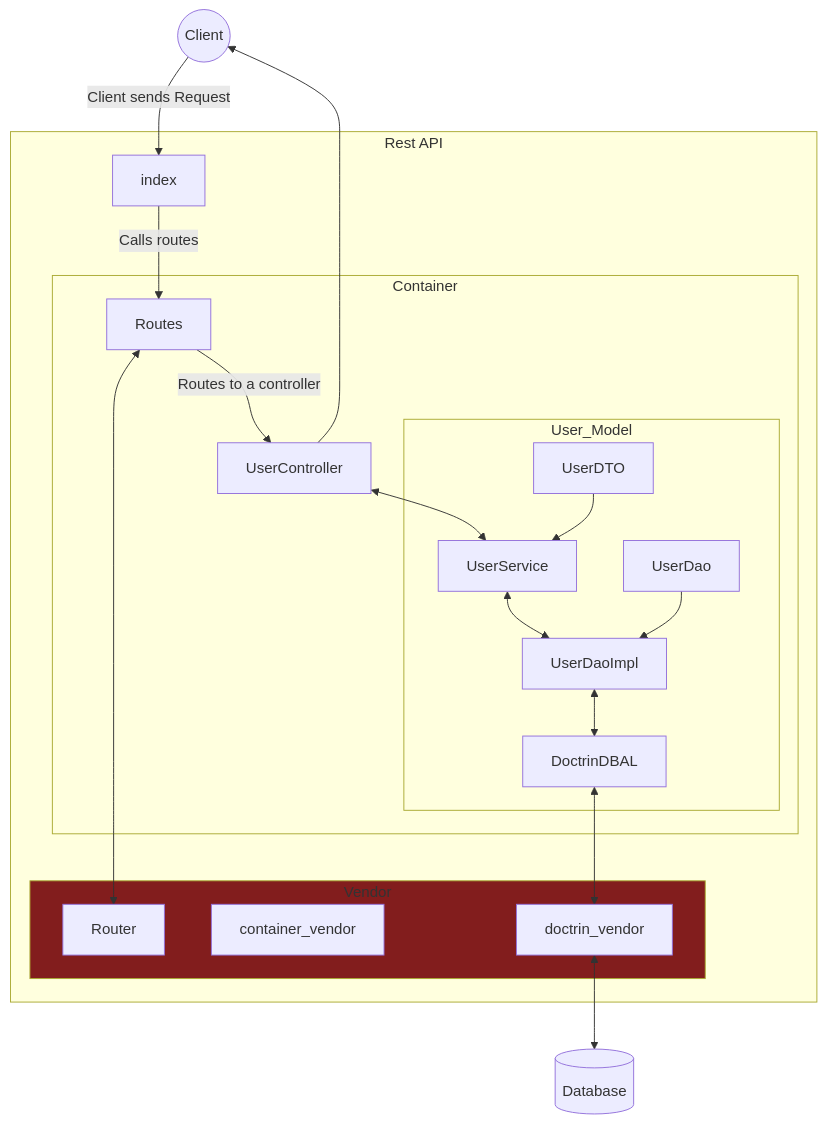
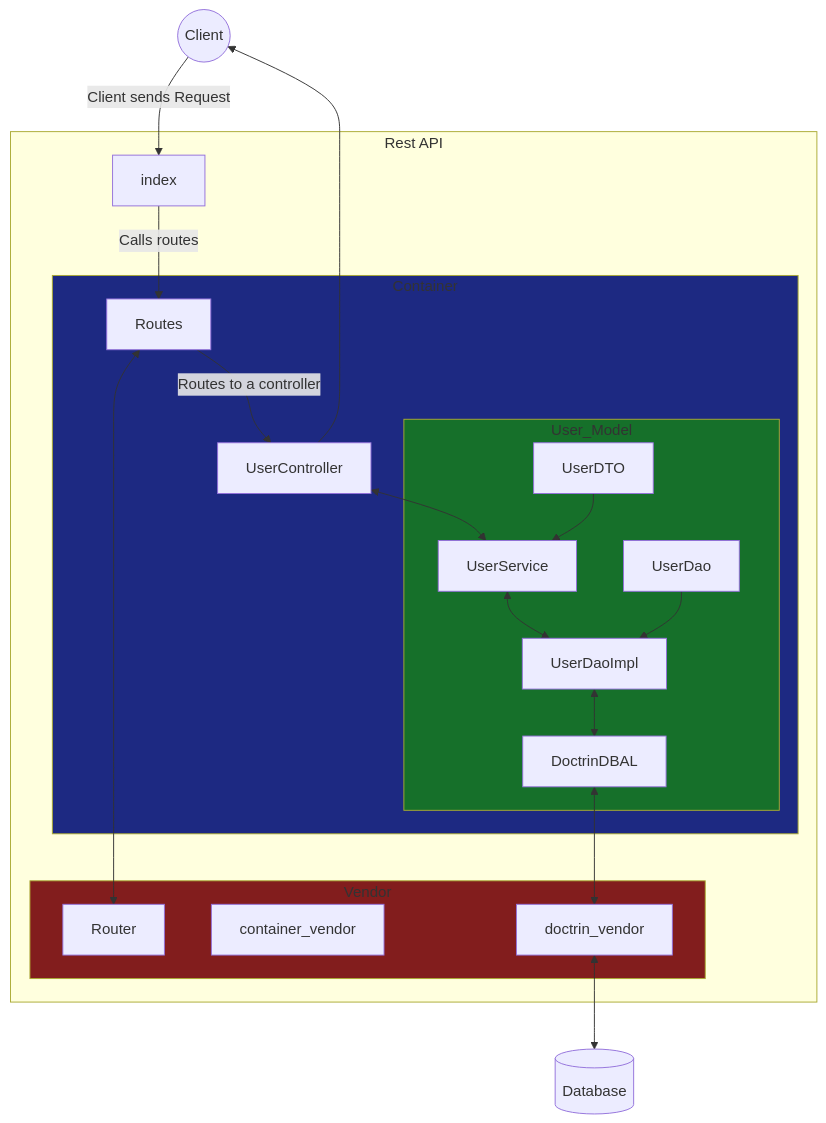
Before and after one commit to Patapataro/Patient-Rest-API: the diagram in README.md, drawn with Mermaid.

Commit message:
Updated graph colors

````diff
--- a/README.md
+++ b/README.md
@@ -41,34 +41,36 @@
 ```mermaid
 flowchart  TD
 id2((Client)) --> |Client sends Request| index
 UserController --> id2
 
 subgraph Rest API
 	subgraph  id4[Container]
 		Routes --> |Routes to a controller |UserController 
 		UserController <--> UserService 
 		
 		subgraph  id3[User_Model]
 			UserDTO --> UserService
 			UserService <--> UserDaoImpl
 			UserDao --> UserDaoImpl
 			UserDaoImpl <--> DoctrinDBAL
 		end
 	end
 
 	subgraph Vendor
 		Router
 		container_vendor 
 		doctrin_vendor
 	end
 	
 	index --> |Calls routes| Routes
 	Routes <--> Router
 	DoctrinDBAL <--> doctrin_vendor
 	
 end
 	doctrin_vendor<--> id1[(Database)]
 
 	style Vendor fill:#821d1d
+	style id4 fill:#1d2982
+	style id3 fill:#16702a
 
 ```
````
